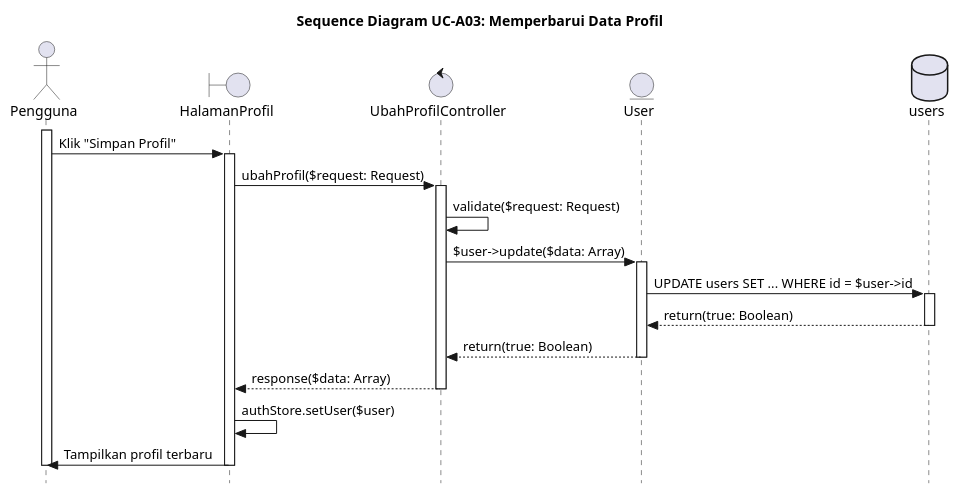
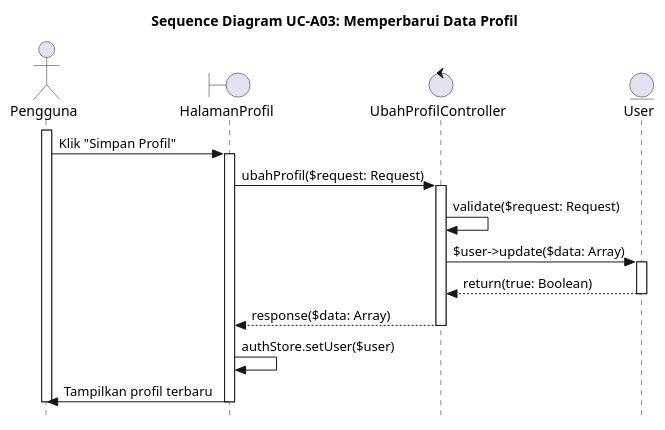
The diagram in UC-A03.PUML (alfiahnurfa/RSI-PROYEK-AKHIR-SEQUENCE), drawn with PlantUML before and after one commit. The commit also changed 29 other files, not shown here.

Commit message:
hapus aktor database dari semua sequence

```diff
--- a/UC-A03.PUML
+++ b/UC-A03.PUML
@@ -1,40 +1,33 @@
 @startuml SD-UC-A03_UpdateProfil
 title Sequence Diagram UC-A03: Memperbarui Data Profil
 skinparam style strictuml
 
 actor Pengguna
 boundary HalamanProfil
 control UbahProfilController
 entity User
-database users
 
 activate Pengguna
 Pengguna -> HalamanProfil : Klik "Simpan Profil"
 activate HalamanProfil
 
 HalamanProfil -> UbahProfilController : ubahProfil($request: Request)
 activate UbahProfilController
 
 UbahProfilController -> UbahProfilController : validate($request: Request)
 UbahProfilController -> User : $user->update($data: Array)
 activate User
-
-User -> users : UPDATE users SET ... WHERE id = $user->id
-activate users
-
-users --> User : return(true: Boolean)
-deactivate users
 
 User --> UbahProfilController : return(true: Boolean)
 deactivate User
 
 UbahProfilController --> HalamanProfil : response($data: Array)
 deactivate UbahProfilController
 
 HalamanProfil -> HalamanProfil : authStore.setUser($user)
 
 HalamanProfil -> Pengguna : Tampilkan profil terbaru
 deactivate HalamanProfil
 deactivate Pengguna
 
 @enduml
```
